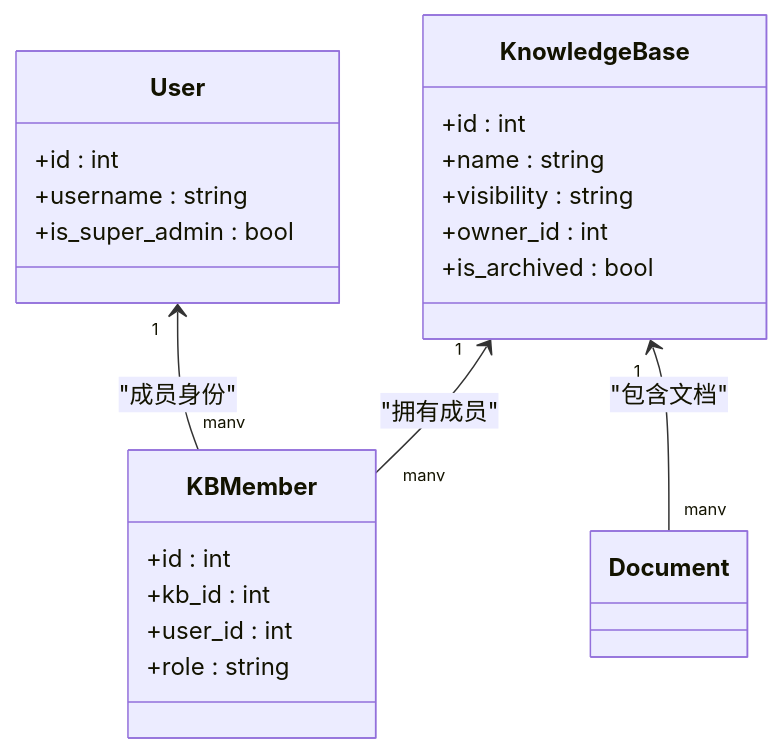
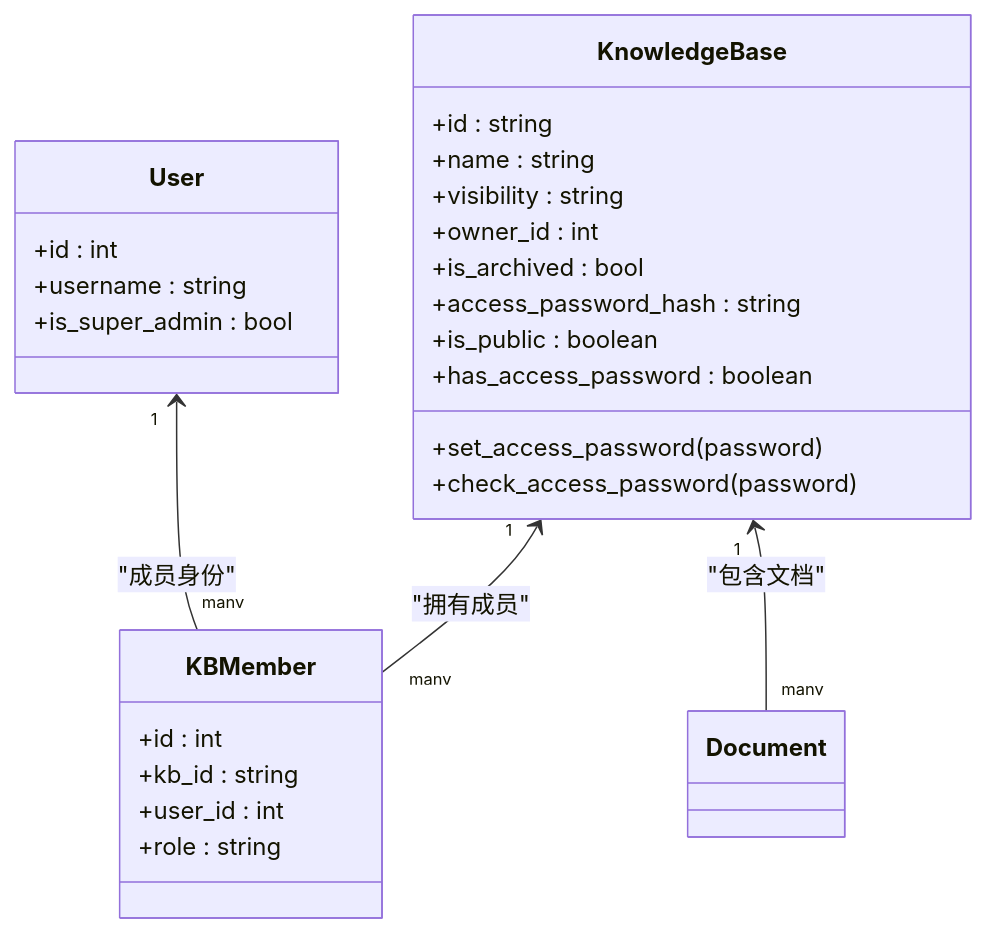
The fourth of 8 diagrams in .qoder/repowiki/zh/content/架构设计/蓝图系统设计/知识库蓝图 (Knowledge Base Blueprint).md (beyondalbert/my_wiki), drawn with Mermaid before and after one commit. The commit also changed other lines of this file and 4 other files, not shown here.

````diff
--- a/.qoder/repowiki/zh/content/架构设计/蓝图系统设计/知识库蓝图 (Knowledge Base Blueprint).md
+++ b/.qoder/repowiki/zh/content/架构设计/蓝图系统设计/知识库蓝图 (Knowledge Base Blueprint).md
@@ -193,24 +224,29 @@
 ```mermaid
 classDiagram
 class KnowledgeBase {
-+id : int
++id : string
 +name : string
 +visibility : string
 +owner_id : int
 +is_archived : bool
++access_password_hash : string
++is_public : boolean
++has_access_password : boolean
++set_access_password(password)
++check_access_password(password)
 }
 class KBMember {
 +id : int
-+kb_id : int
++kb_id : string
 +user_id : int
 +role : string
 }
 class User {
 +id : int
 +username : string
 +is_super_admin : bool
 }
 KnowledgeBase "1" <-- "many" KBMember : "拥有成员"
 User "1" <-- "many" KBMember : "成员身份"
 KnowledgeBase "1" <-- "many" Document : "包含文档"
 ```
````
